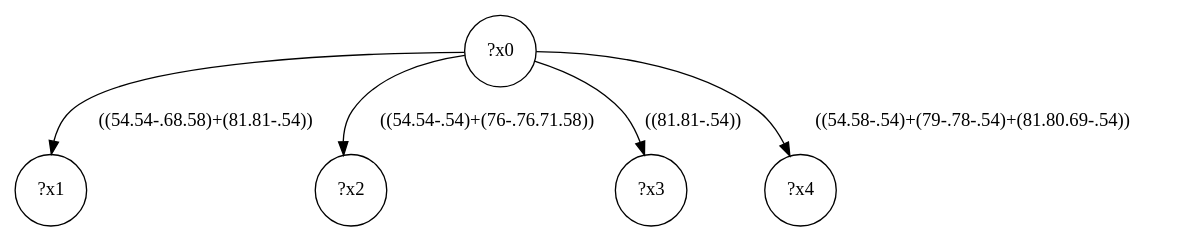
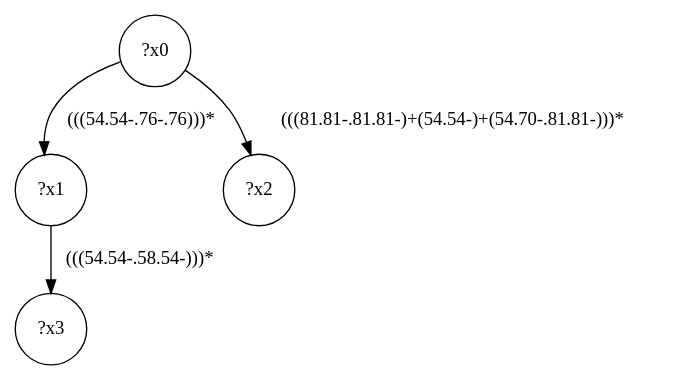
Before and after one commit to gbagan/gmark: the diagram in demo/shop/shop-interface/query-4.dot, drawn with Graphviz. The commit also changed 708 other files, not shown here.

```diff
--- a/demo/shop/shop-interface/query-4.dot
+++ b/demo/shop/shop-interface/query-4.dot
@@ -1,11 +1,9 @@
 digraph g {
 	x0 [shape=circle, label="?x0"];
 	x1 [shape=circle, label="?x1"];
-	x0 -> x1 [label="((54.54-.68.58)+(81.81-.54))"];
+	x0 -> x1 [label="(((54.54-.76-.76)))*"];
 	x2 [shape=circle, label="?x2"];
-	x0 -> x2 [label="((54.54-.54)+(76-.76.71.58))"];
+	x0 -> x2 [label="(((81.81-.81.81-)+(54.54-)+(54.70-.81.81-)))*"];
 	x3 [shape=circle, label="?x3"];
-	x0 -> x3 [label="((81.81-.54))"];
-	x4 [shape=circle, label="?x4"];
-	x0 -> x4 [label="((54.58-.54)+(79-.78-.54)+(81.80.69-.54))"];
+	x1 -> x3 [label="(((54.54-.58.54-)))*"];
 }
```
